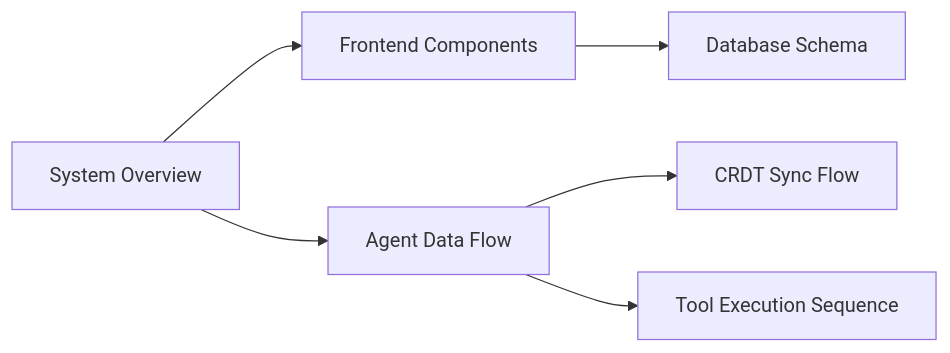
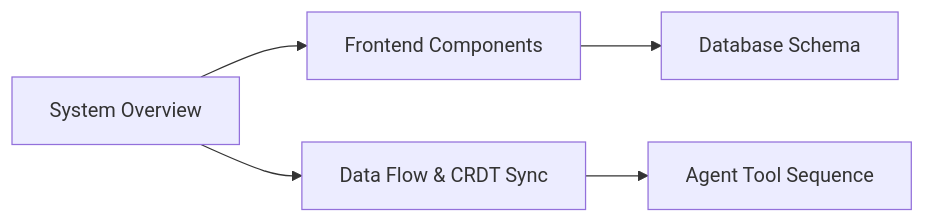
The first of 6 diagrams in ARCHITECTURE.md (NormVg/bubbles.space), drawn with Mermaid before and after one commit. The commit also changed other lines of this file, not shown here.

Commit message:
docs: strictly adhere to updated living-architecture skill with precise data flows and execution traces

````diff
--- a/ARCHITECTURE.md
+++ b/ARCHITECTURE.md
@@ -5,8 +5,7 @@
 ```mermaid
 graph LR
     SO[System Overview] --> CD[Frontend Components]
-    SO --> DF[Agent Data Flow]
-    DF --> SYNC[CRDT Sync Flow]
-    DF --> TS[Tool Execution Sequence]
+    SO --> DF[Data Flow & CRDT Sync]
     CD --> ER[Database Schema]
+    DF --> TS[Agent Tool Sequence]
 ```
````
